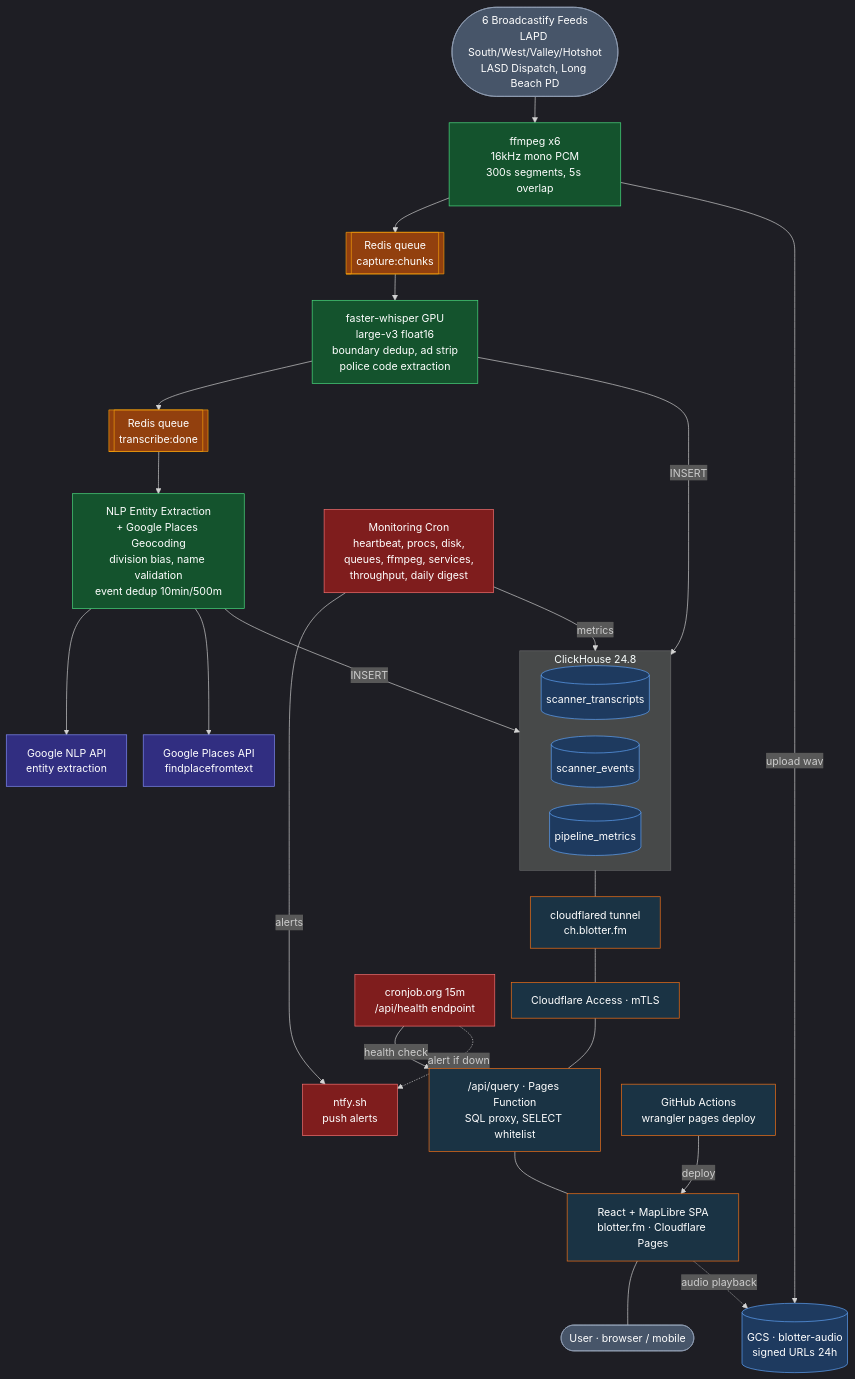
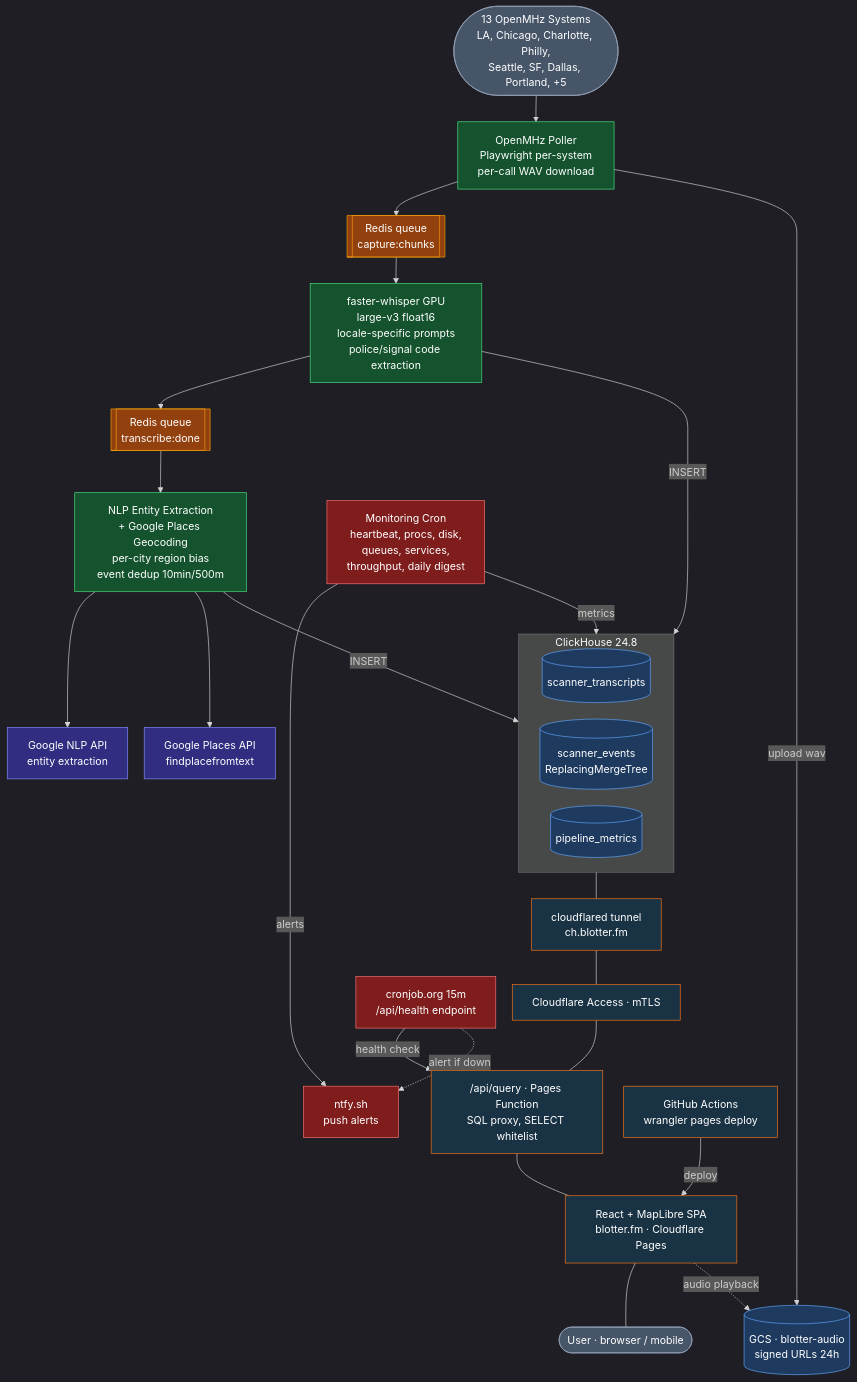
The diagram in README.md (sean-reid/blotter), drawn with Mermaid before and after one commit. The commit also changed other lines of this file and 1 other file, not shown here.

Commit message:
Update README and architecture diagram for OpenMHz multi-city

```diff
--- a/README.md
+++ b/README.md
@@ -12,22 +12,22 @@
 %%{ init: { "theme": "dark", "flowchart": { "rankSpacing": 40, "nodeSpacing": 25 } } }%%
 flowchart TB
 
-  FEEDS(["6 Broadcastify Feeds<br/>LAPD South/West/Valley/Hotshot<br/>LASD Dispatch, Long Beach PD"])
+  FEEDS(["13 OpenMHz Systems<br/>LA, Chicago, Charlotte, Philly,<br/>Seattle, SF, Dallas, Portland, +5"])
 
-  FFM["ffmpeg x6<br/>16kHz mono PCM<br/>300s segments, 5s overlap"]
+  CAPTURE["OpenMHz Poller<br/>Playwright per-system<br/>per-call WAV download"]
 
   Q1[["Redis queue<br/>capture:chunks"]]
 
-  WHISPER["faster-whisper GPU<br/>large-v3 float16<br/>boundary dedup, ad strip<br/>police code extraction"]
+  WHISPER["faster-whisper GPU<br/>large-v3 float16<br/>locale-specific prompts<br/>police/signal code extraction"]
 
   Q2[["Redis queue<br/>transcribe:done"]]
 
-  EXTRACT["NLP Entity Extraction<br/>+ Google Places Geocoding<br/>division bias, name validation<br/>event dedup 10min/500m"]
+  EXTRACT["NLP Entity Extraction<br/>+ Google Places Geocoding<br/>per-city region bias<br/>event dedup 10min/500m"]
 
   subgraph DB["ClickHouse 24.8"]
     direction LR
     T_TX[("scanner_transcripts")]
-    T_EV[("scanner_events")]
+    T_EV[("scanner_events<br/>ReplacingMergeTree")]
     T_MET[("pipeline_metrics")]
   end
 
@@ -41,14 +41,14 @@
   GNLP["Google NLP API<br/>entity extraction"]
   GPLACES["Google Places API<br/>findplacefromtext"]
 
-  CRON["Monitoring Cron<br/>heartbeat, procs, disk,<br/>queues, ffmpeg, services,<br/>throughput, daily digest"]
+  CRON["Monitoring Cron<br/>heartbeat, procs, disk,<br/>queues, services,<br/>throughput, daily digest"]
   NTFY["ntfy.sh<br/>push alerts"]
   CANARY["cronjob.org 15m<br/>/api/health endpoint"]
 
   DEPLOY["GitHub Actions<br/>wrangler pages deploy"]
 
-  FEEDS --> FFM
-  FFM --> Q1
+  FEEDS --> CAPTURE
+  CAPTURE --> Q1
   Q1 --> WHISPER
   WHISPER --> Q2
   Q2 --> EXTRACT
@@ -61,7 +61,7 @@
   FNQUERY --- SPA
   SPA --- USER
 
-  FFM -->|"upload wav"| GCS
+  CAPTURE -->|"upload wav"| GCS
   SPA -.->|"audio playback"| GCS
 
   EXTRACT --> GNLP
@@ -84,7 +84,7 @@
 
   class Q1,Q2 queue
   class T_TX,T_EV,T_MET,GCS db
-  class FFM,WHISPER,EXTRACT stage
+  class CAPTURE,WHISPER,EXTRACT stage
   class GNLP,GPLACES google
   class NTFY,CANARY,CRON alert
   class TUNNEL,ACCESS,FNQUERY,SPA serve
```
